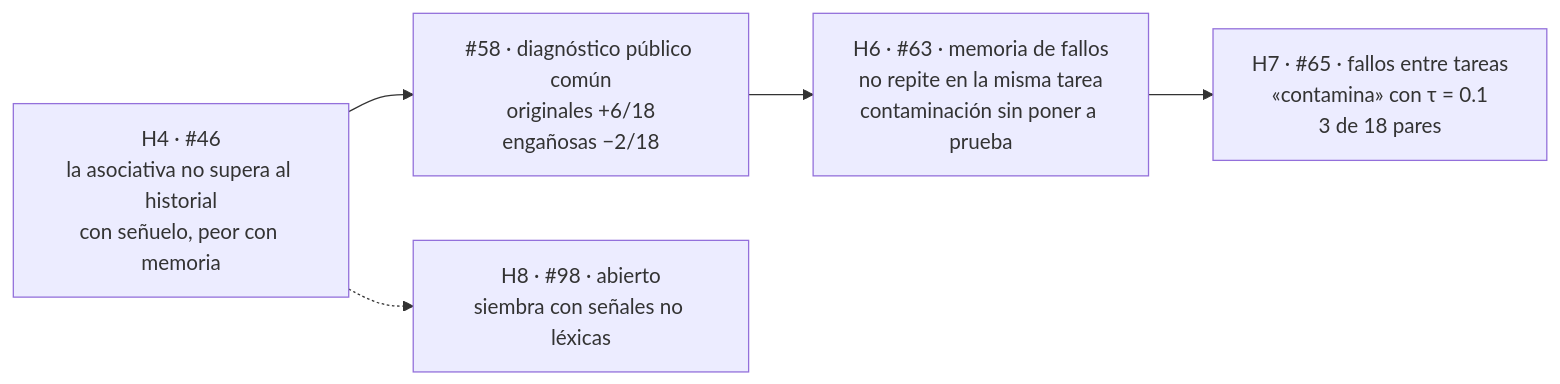
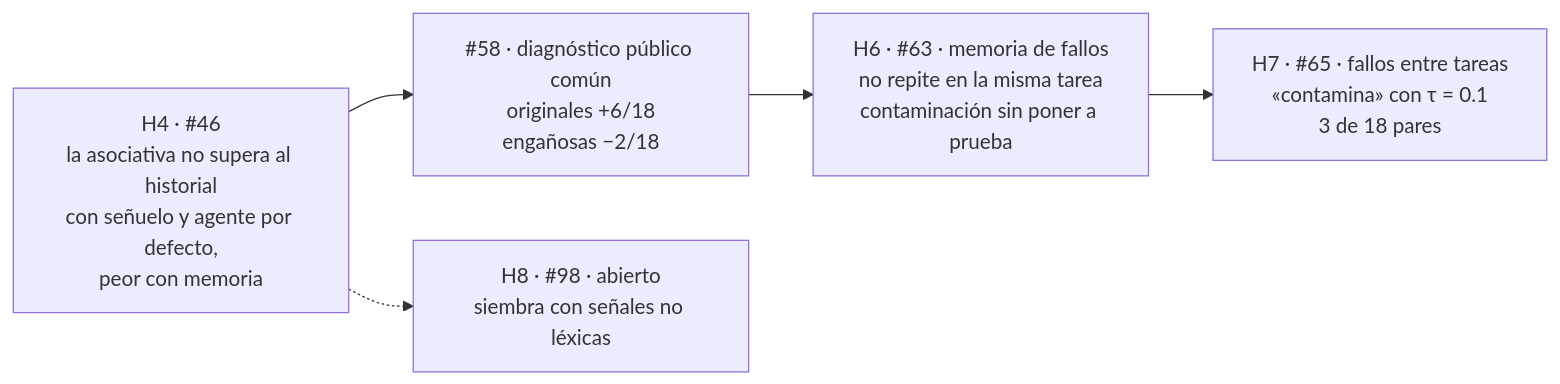
The ninth of 12 diagrams in README.md (cherrera0001/Agents_Learning_Loops), drawn with Mermaid before and after one commit. The commit also changed other lines of this file, not shown here.

````diff
--- a/README.md
+++ b/README.md
@@ -703,10 +705,10 @@
 ```mermaid
 flowchart LR
-    H4["H4 · #46<br/>la asociativa no supera al historial<br/>con señuelo, peor con memoria"]
+    H4["H4 · #46<br/>la asociativa no supera al historial<br/>con señuelo y agente por defecto,<br/>peor con memoria"]
     D58["#58 · diagnóstico público común<br/>originales +6/18<br/>engañosas −2/18"]
     H6["H6 · #63 · memoria de fallos<br/>no repite en la misma tarea<br/>contaminación sin poner a prueba"]
     H7["H7 · #65 · fallos entre tareas<br/>«contamina» con τ = 0.1<br/>3 de 18 pares"]
     H8["H8 · #98 · abierto<br/>siembra con señales no léxicas"]
     H4 --> D58 --> H6 --> H7
     H4 -.-> H8
 ```
````
